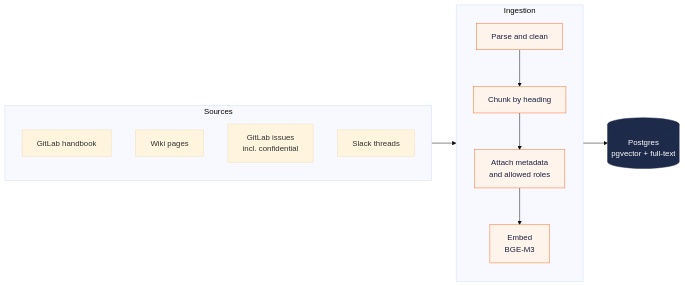
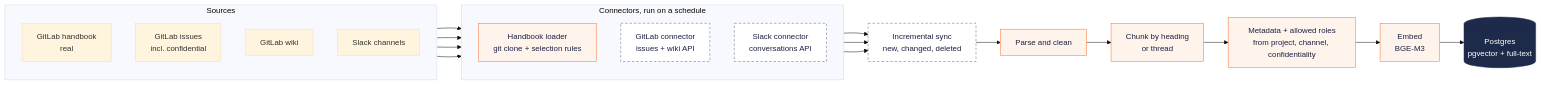
Before and after one commit to shreyamhetre/BrainBase: the first of 3 diagrams in README.md, drawn with Mermaid (base theme). The commit also changed other lines of this file and 5 other files, not shown here.

First line of the commit message:
Admin console with confirmed role changes, logo navbar, full architecture in README

````diff
--- a/README.md
+++ b/README.md
@@ -54,25 +61,39 @@
 ```mermaid
 flowchart LR
     subgraph Sources
         direction TB
-        H[GitLab handbook]
-        W[Wiki pages]
+        H[GitLab handbook<br/>real]
         I[GitLab issues<br/>incl. confidential]
-        S[Slack threads]
+        W[GitLab wiki]
+        S[Slack channels]
     end
 
-    subgraph Ingestion
+    subgraph Connectors[Connectors, run on a schedule]
         direction TB
-        P[Parse and clean] --> C[Chunk by heading]
-        C --> M[Attach metadata<br/>and allowed roles]
-        M --> E[Embed<br/>BGE-M3]
+        CH[Handbook loader<br/>git clone + selection rules]
+        CG[GitLab connector<br/>issues + wiki API]
+        CS[Slack connector<br/>conversations API]
     end
 
-    Sources --> P
+    H --> CH
+    I --> CG
+    W --> CG
+    S --> CS
+
+    CH --> SY
+    CG --> SY
+    CS --> SY
+
+    SY[Incremental sync<br/>new, changed, deleted] --> P[Parse and clean]
+    P --> C[Chunk by heading<br/>or thread]
+    C --> M[Metadata + allowed roles<br/>from project, channel, confidentiality]
+    M --> E[Embed<br/>BGE-M3]
     E --> DB[(Postgres<br/>pgvector + full-text)]
 
     classDef store fill:#1e2a4a,stroke:#1e2a4a,color:#ffffff
-    classDef step fill:#fff4ec,stroke:#fc6d26,color:#1b2140
+    classDef built fill:#fff4ec,stroke:#fc6d26,color:#1b2140
+    classDef planned fill:#ffffff,stroke:#5d647e,color:#1b2140,stroke-dasharray:5 4
     class DB store
-    class P,C,M,E step
+    class CH,P,C,M,E built
+    class CG,CS,SY planned
 ```
````
